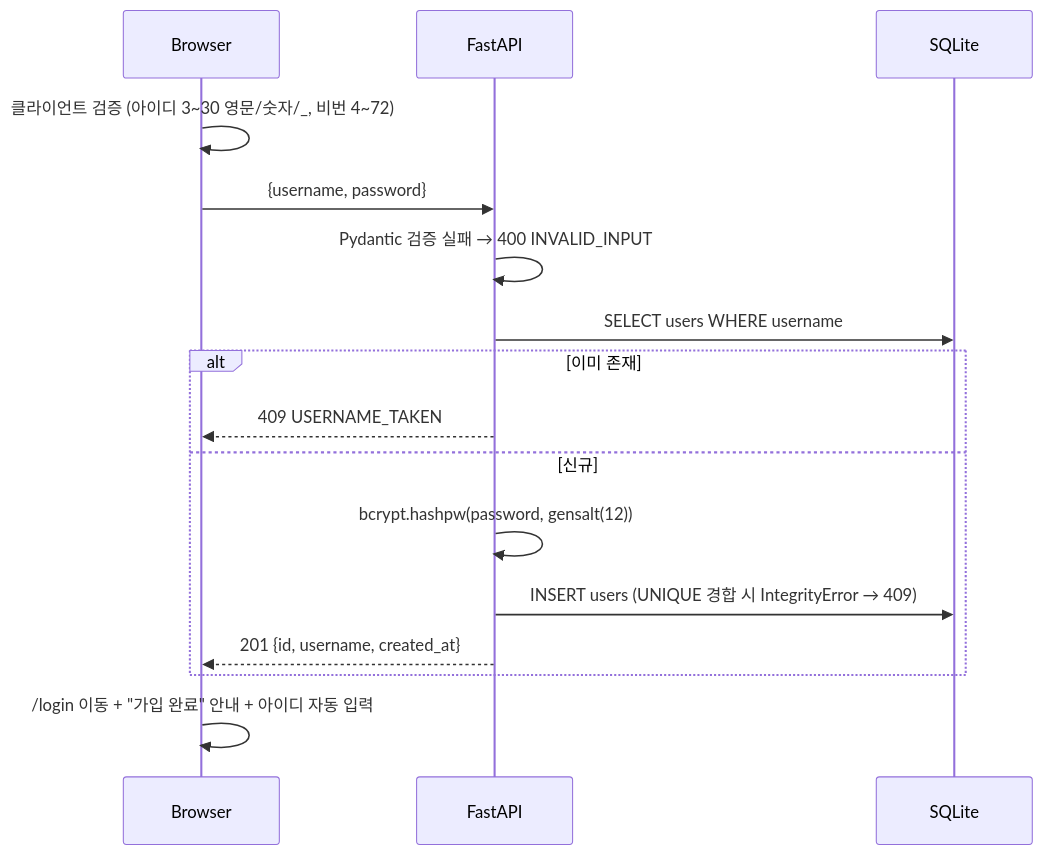
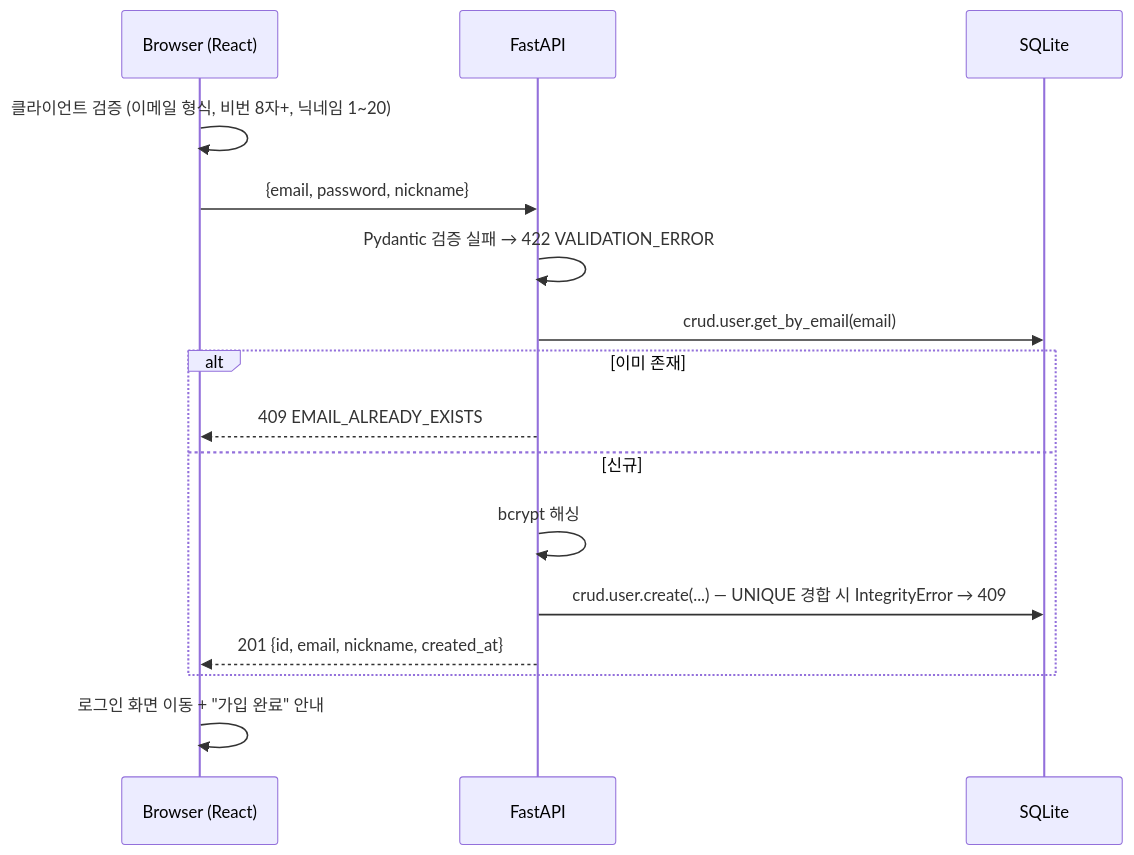
Before and after one commit to b7-1-chatbot-team/B7-1-chatbot: the second of 4 diagrams in docs/02-architecture.md, drawn with Mermaid. The commit also changed other lines of this file and 8 other files, not shown here.

````diff
--- a/docs/02-architecture.md
+++ b/docs/02-architecture.md
@@ -95,18 +169,18 @@
 ```mermaid
 sequenceDiagram
-    participant B as Browser
+    participant B as Browser (React)
     participant A as FastAPI
     participant D as SQLite
-    B->>B: 클라이언트 검증 (아이디 3~30 영문/숫자/_, 비번 4~72)
-    B->>A: {username, password}
-    A->>A: Pydantic 검증 실패 → 400 INVALID_INPUT
-    A->>D: SELECT users WHERE username
+    B->>B: 클라이언트 검증 (이메일 형식, 비번 8자+, 닉네임 1~20)
+    B->>A: {email, password, nickname}
+    A->>A: Pydantic 검증 실패 → 422 VALIDATION_ERROR
+    A->>D: crud.user.get_by_email(email)
     alt 이미 존재
-        A-->>B: 409 USERNAME_TAKEN
+        A-->>B: 409 EMAIL_ALREADY_EXISTS
     else 신규
-        A->>A: bcrypt.hashpw(password, gensalt(12))
-        A->>D: INSERT users (UNIQUE 경합 시 IntegrityError → 409)
-        A-->>B: 201 {id, username, created_at}
+        A->>A: bcrypt 해싱
+        A->>D: crud.user.create(...) — UNIQUE 경합 시 IntegrityError → 409
+        A-->>B: 201 {id, email, nickname, created_at}
     end
-    B->>B: /login 이동 + "가입 완료" 안내 + 아이디 자동 입력
+    B->>B: 로그인 화면 이동 + "가입 완료" 안내
 ```
````
